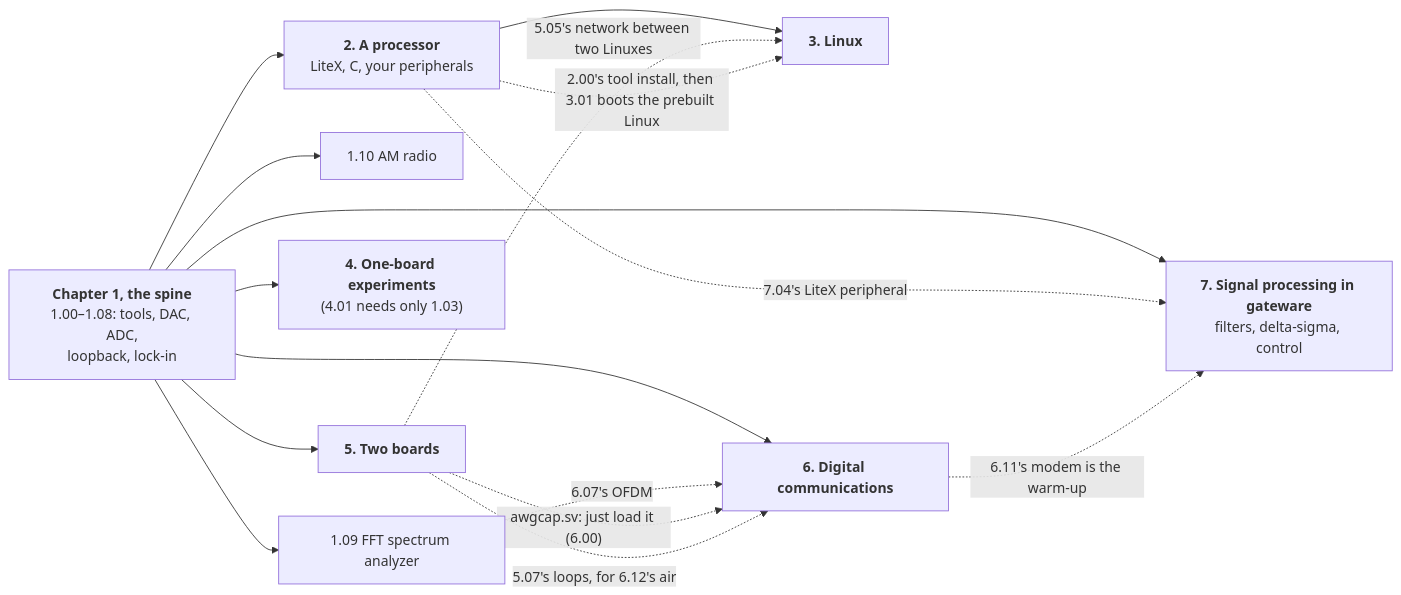
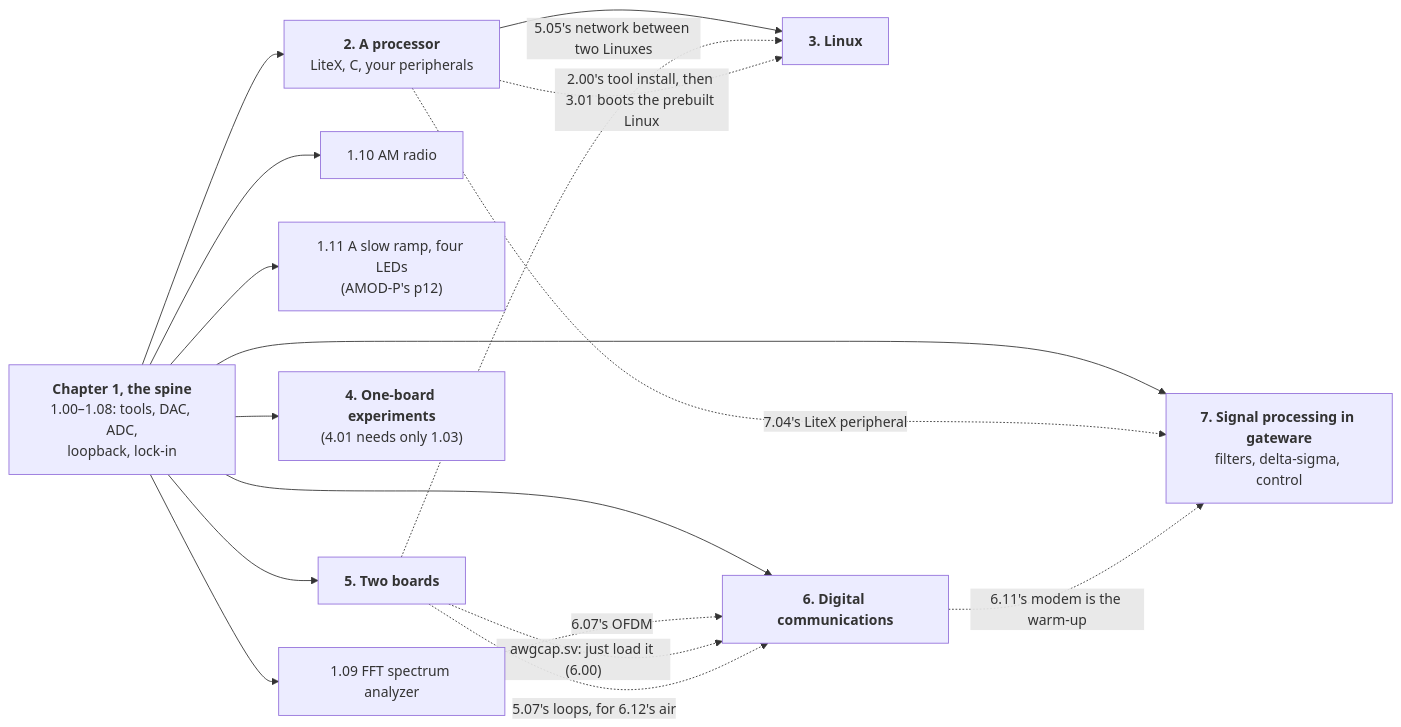
One commit to gallicchio/icepi-zero-dac-adc changed the diagram in README.md. Above: the diagram before and after it, drawn with Mermaid. The commit also changed other lines of this file and 11 other files, not shown here.

First line of the commit message:
1.11 A slow ramp: four LEDs and the energy of a photon (AMOD-P p12); ledramp.sv

````diff
--- a/README.md
+++ b/README.md
@@ -52,26 +52,28 @@
 ```mermaid
 flowchart LR
   spine["<b>Chapter 1, the spine</b><br/>1.00–1.08: tools, DAC, ADC,<br/>loopback, lock-in"]
   fft["1.09 FFT spectrum analyzer"]
   am["1.10 AM radio"]
+  ramp["1.11 A slow ramp, four LEDs<br/>(AMOD-P's p12)"]
   c2["<b>2. A processor</b><br/>LiteX, C, your peripherals"]
   c3["<b>3. Linux</b>"]
   c4["<b>4. One-board experiments</b><br/>(4.01 needs only 1.03)"]
   c5["<b>5. Two boards</b>"]
   c6["<b>6. Digital communications</b>"]
   c7["<b>7. Signal processing in gateware</b><br/>filters, delta-sigma, control"]
   spine --> fft
   spine --> am
+  spine --> ramp
   spine --> c2 --> c3
   spine --> c4
   spine --> c5
   spine --> c6
   spine --> c7
   c2 -. "7.04's LiteX peripheral" .-> c7
   c6 -. "6.11's modem is the warm-up" .-> c7
   fft -. "6.07's OFDM" .-> c6
   c5 -. "awgcap.sv: just load it (6.00)" .-> c6
   c5 -. "5.07's loops, for 6.12's air" .-> c6
   c5 -. "5.05's network between two Linuxes" .-> c3
   c2 -. "2.00's tool install, then 3.01 boots the prebuilt Linux" .-> c3
 ```
````
